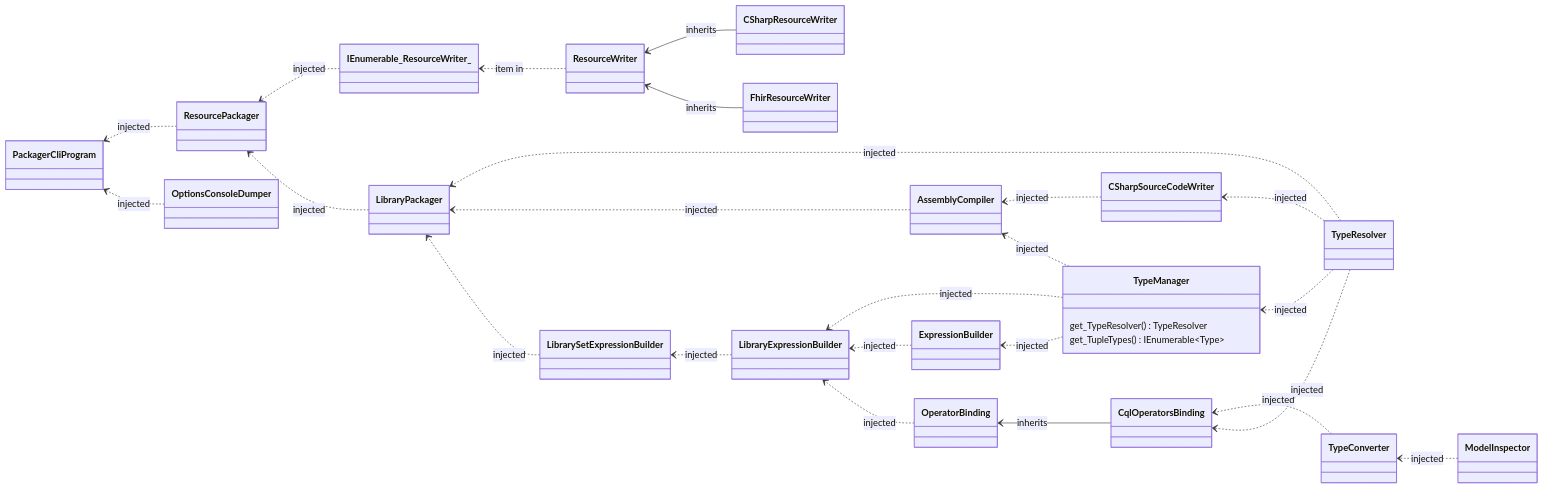
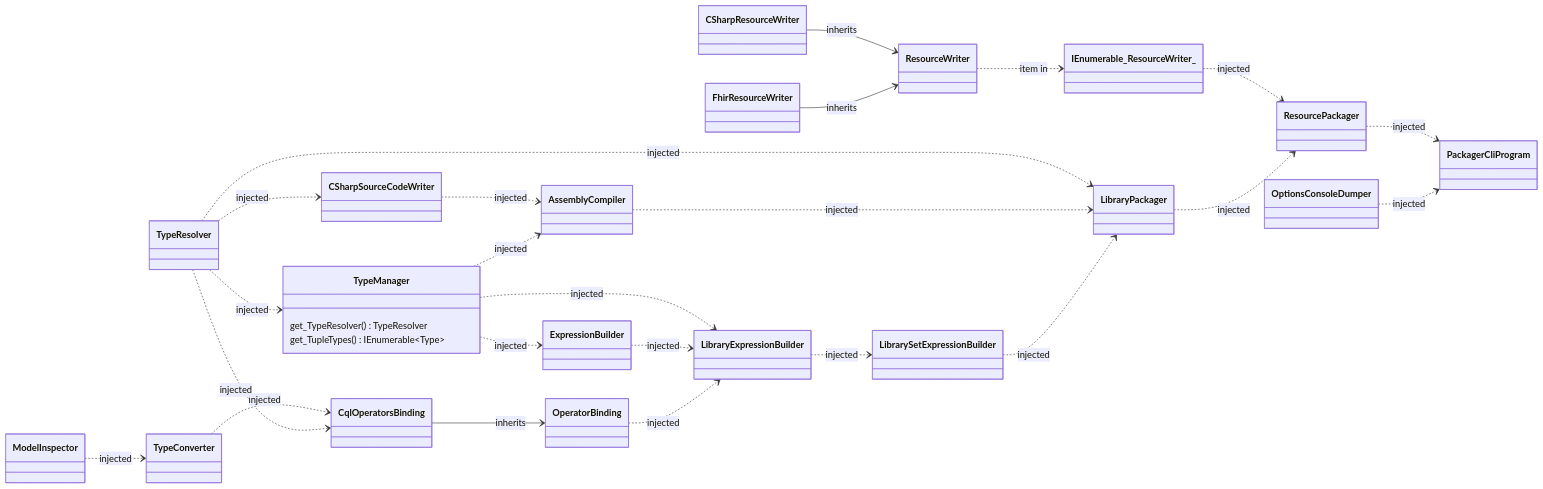
Before and after one commit to FirelyTeam/firely-cql-sdk: the second of 2 diagrams in docs/packager-cli-dependency-graph.md, drawn with Mermaid. The commit also changed other lines of this file and 23 other files, not shown here.

````diff
--- a/docs/packager-cli-dependency-graph.md
+++ b/docs/packager-cli-dependency-graph.md
@@ -5,52 +48,52 @@
 ```mermaid
 classDiagram
-    direction RL
+    direction LR
 
     class TypeManager {
         get_TypeResolver() TypeResolver
         get_TupleTypes() IEnumerable~Type~
     }
 
     %% HACK: Mermaid doesnt support commas withing generic, so use a similar looking character (﹐)
 
     %% Inheritance  
     CqlOperatorsBinding --> OperatorBinding : inherits
     CSharpResourceWriter --> ResourceWriter : inherits
     FhirResourceWriter --> ResourceWriter : inherits
 
     %% Injected Dependencies
     CSharpSourceCodeWriter ..> AssemblyCompiler : injected
     TypeManager ..> AssemblyCompiler : injected
 
     TypeManager ..> ExpressionBuilder : injected
 
     ResourcePackager ..> PackagerCliProgram : injected 
     OptionsConsoleDumper ..> PackagerCliProgram : injected 
     
 
     TypeConverter ..> CqlOperatorsBinding : injected         
     TypeResolver ..> CqlOperatorsBinding : injected    
 
     ModelInspector ..> TypeConverter : injected  
 
     TypeResolver ..> TypeManager : injected
 
     TypeResolver ..> LibraryPackager : injected
     AssemblyCompiler ..> LibraryPackager : injected
     LibrarySetExpressionBuilder ..> LibraryPackager : injected
     
     TypeResolver ..> CSharpSourceCodeWriter : injected
 
     TypeManager ..> LibraryExpressionBuilder : injected
     ExpressionBuilder ..> LibraryExpressionBuilder : injected
     OperatorBinding ..> LibraryExpressionBuilder : injected
 
     LibraryExpressionBuilder ..> LibrarySetExpressionBuilder : injected
 
     %% Rest
     ResourceWriter ..> IEnumerable_ResourceWriter_ : item in
 
     %% Obsolete
     IEnumerable_ResourceWriter_ ..> ResourcePackager : injected 
     LibraryPackager ..> ResourcePackager : injected
 ```
````
